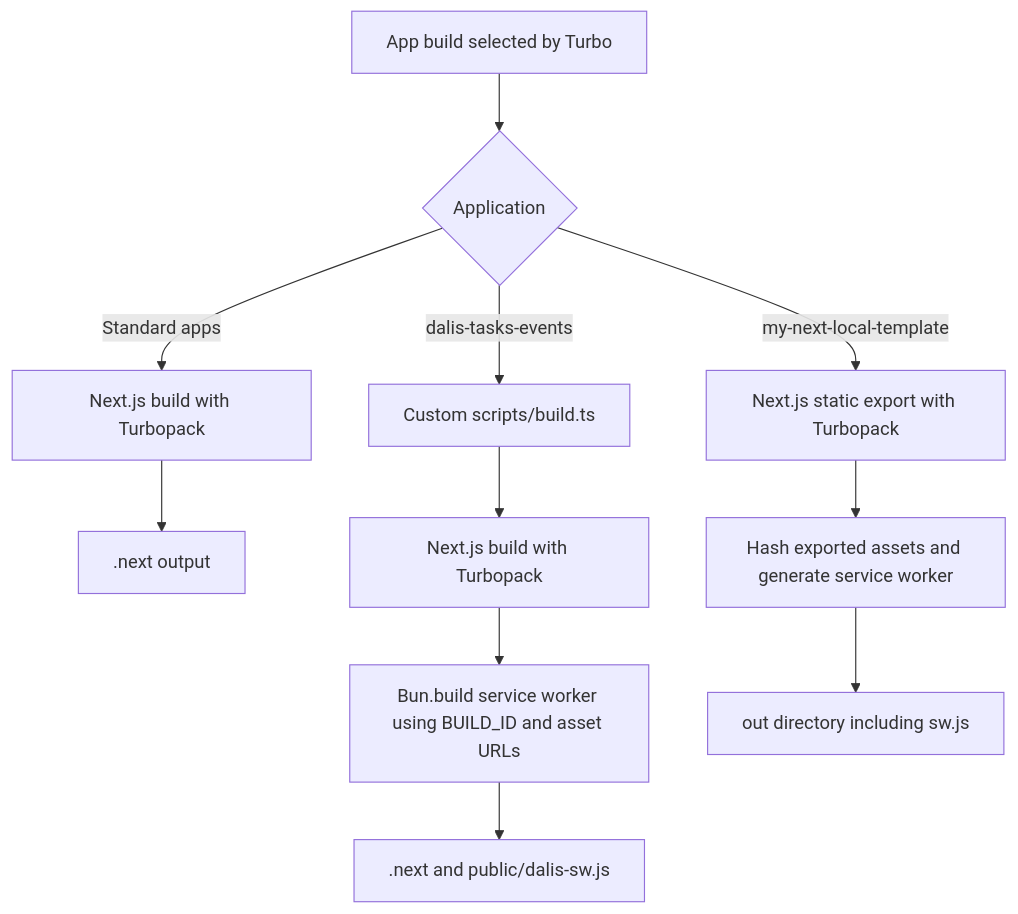
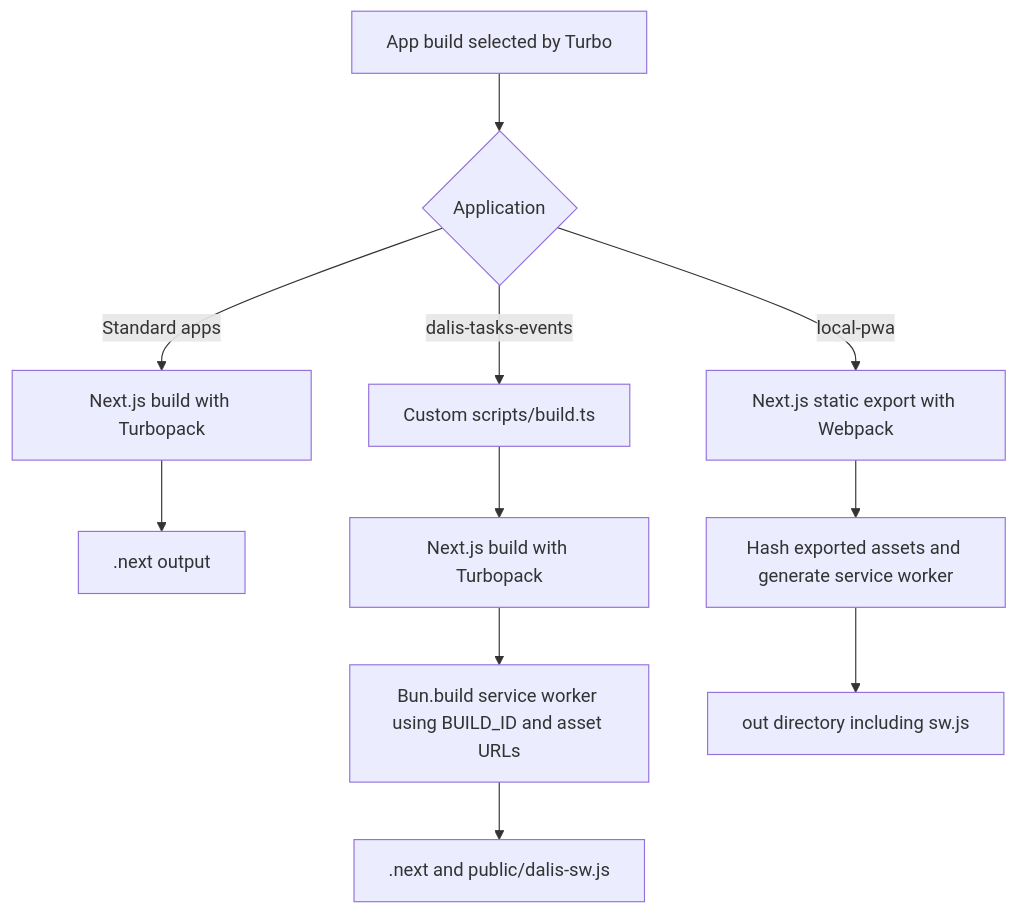
Before and after one commit to martincalvodaniel/damaca-vercel-apps: the diagram in docs/turbopack.md, drawn with Mermaid. The commit also changed other lines of this file and 149 other files, not shown here.

````diff
--- a/docs/turbopack.md
+++ b/docs/turbopack.md
@@ -46,13 +46,13 @@
 ```mermaid
 flowchart TD
     Task[App build selected by Turbo] --> Kind{Application}
     Kind -->|Standard apps| Next[Next.js build with Turbopack]
     Next --> NextOut[.next output]
     Kind -->|dalis-tasks-events| Wrapper[Custom scripts/build.ts]
     Wrapper --> TasksNext[Next.js build with Turbopack]
     TasksNext --> Worker[Bun.build service worker using BUILD_ID and asset URLs]
     Worker --> TasksOut[.next and public/dalis-sw.js]
-    Kind -->|my-next-local-template| Export[Next.js static export with Turbopack]
+    Kind -->|local-pwa| Export[Next.js static export with Webpack]
     Export --> StaticWorker[Hash exported assets and generate service worker]
     StaticWorker --> StaticOut[out directory including sw.js]
 ```
````
